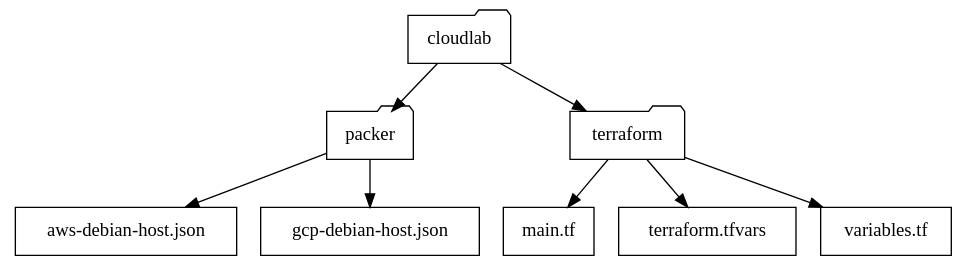
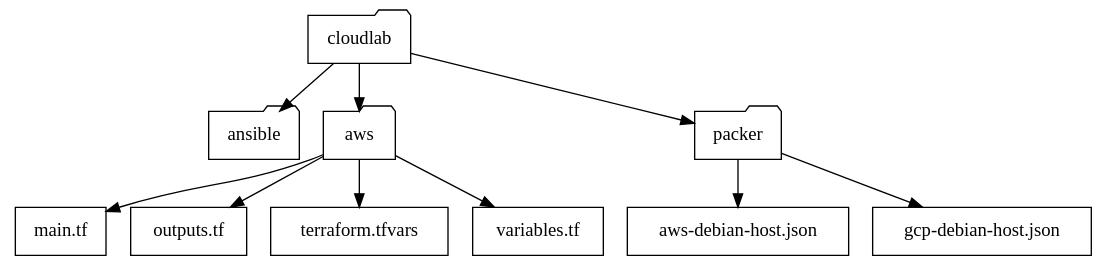
The second of 2 diagrams in docs/_source/tools.rst (hotpeppersec/cloudlab), drawn with Graphviz before and after one commit. The commit also changed other lines of this file and 1 other file, not shown here.

```diff
--- a/docs/_source/tools.rst
+++ b/docs/_source/tools.rst
@@ -497,21 +501,26 @@
 .. graphviz::
    :caption: Updated Project Directory
    :align: center
 
    digraph folders {
       "cloudlab" [shape=folder];
+      "ansible" [shape=folder];
+      "aws" [shape=folder];
       "packer" [shape=folder];
-      "terraform" [shape=folder];
       "aws-debian-host.json" [shape=rect];
       "gcp-debian-host.json" [shape=rect];
       "main.tf" [shape=rect];
+      "outputs.tf" [shape=rect];
       "terraform.tfvars" [shape=rect];
       "variables.tf" [shape=rect];
+      "cloudlab" -> "ansible";
+      "cloudlab" -> "aws";
       "cloudlab" -> "packer";
-      "cloudlab" -> "terraform";
+      "aws" -> "main.tf";
+      "aws" -> "outputs.tf";
+      "aws" -> "terraform.tfvars";
+      "aws" -> "variables.tf";
       "packer" -> "aws-debian-host.json";
       "packer" -> "gcp-debian-host.json";
-      "terraform" -> "main.tf";
-      "terraform" -> "terraform.tfvars";
-      "terraform" -> "variables.tf";
+
    }
```
